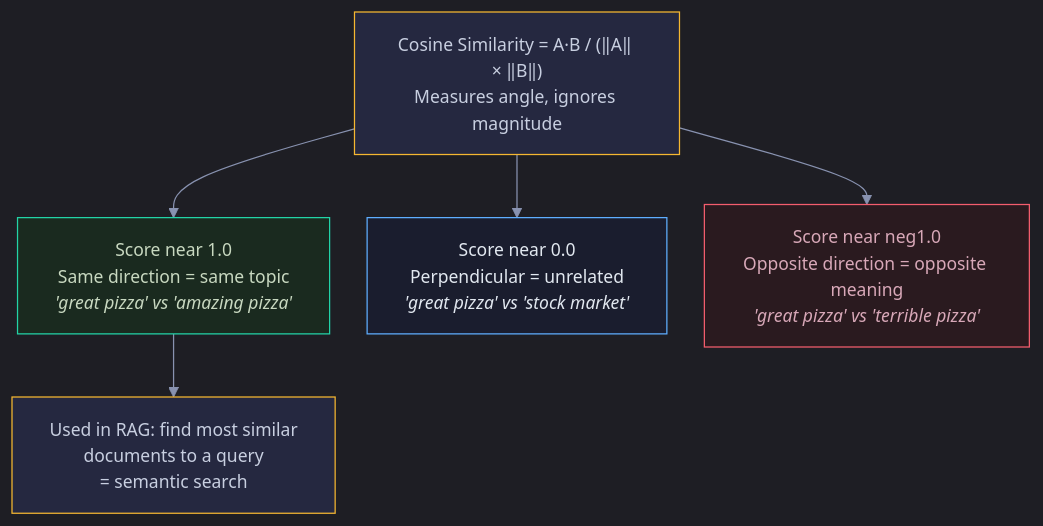
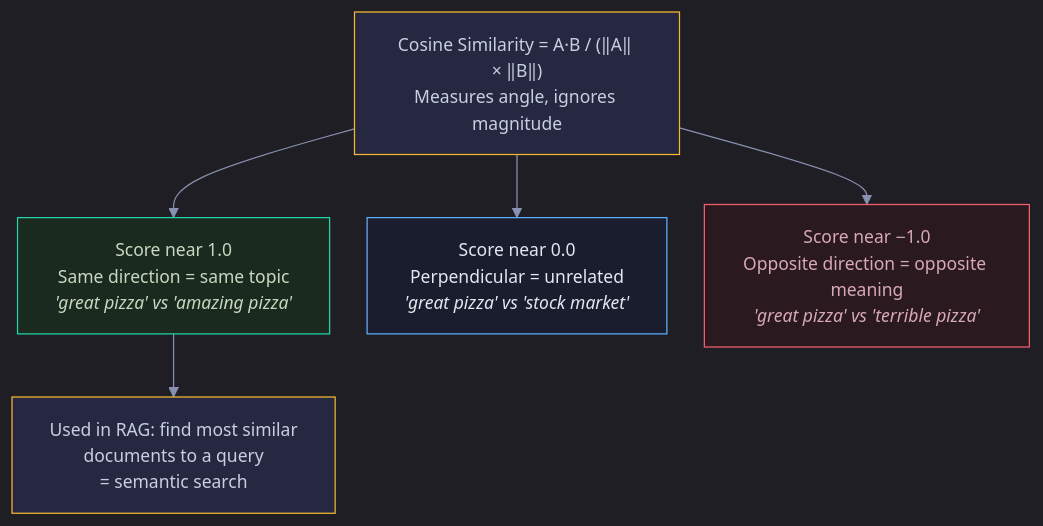
One commit to snehith1234/StudyCircle changed the seventh of 8 diagrams in Documents/Visual_Guides/NLP/NLP_Text_Processing_Visual.md. Above: the diagram before and after it, drawn with Mermaid. The commit also changed other lines of this file and 7 other files, not shown here.

Commit message:
Fix minus/neg in Mermaid: use proper − symbol instead of words

````diff
--- a/Documents/Visual_Guides/NLP/NLP_Text_Processing_Visual.md
+++ b/Documents/Visual_Guides/NLP/NLP_Text_Processing_Visual.md
@@ -188,17 +188,17 @@
 ```mermaid
 %%{init: {'theme': 'dark', 'themeVariables': {'darkMode': true, 'background': '#0e1117', 'primaryColor': '#1a1d2e', 'primaryTextColor': '#e2e8f0', 'primaryBorderColor': '#2d3148', 'lineColor': '#8892b0', 'secondaryColor': '#252840', 'tertiaryColor': '#1a1d2e', 'fontSize': '14px', 'edgeLabelBackground': '#0e1117'}, 'flowchart': {'nodeSpacing': 30, 'rankSpacing': 40, 'padding': 15, 'htmlLabels': true}}}%%
 graph TD
     FORMULA["Cosine Similarity = A·B / (‖A‖ × ‖B‖)<br/>Measures angle, ignores magnitude"]
 
     FORMULA --> SCORE1["Score near 1.0<br/>Same direction = same topic<br/><i>'great pizza' vs 'amazing pizza'</i>"]
     FORMULA --> SCORE0["Score near 0.0<br/>Perpendicular = unrelated<br/><i>'great pizza' vs 'stock market'</i>"]
-    FORMULA --> SCOREN["Score near neg1.0<br/>Opposite direction = opposite meaning<br/><i>'great pizza' vs 'terrible pizza'</i>"]
+    FORMULA --> SCOREN["Score near −1.0<br/>Opposite direction = opposite meaning<br/><i>'great pizza' vs 'terrible pizza'</i>"]
 
     SCORE1 --> RAG["Used in RAG: find most similar<br/>documents to a query<br/>= semantic search"]
 
     style FORMULA fill:#252840,stroke:#f5b731,color:#c8cfe0
     style SCORE1 fill:#1a2a1f,stroke:#22d3a7,color:#c8d8c0
     style SCORE0 fill:#1a1d2e,stroke:#5eaeff,color:#e2e8f0
     style SCOREN fill:#2a1a1f,stroke:#f45d6d,color:#d8a8b8
     style RAG fill:#252840,stroke:#f5b731,color:#c8cfe0
 ```
````
